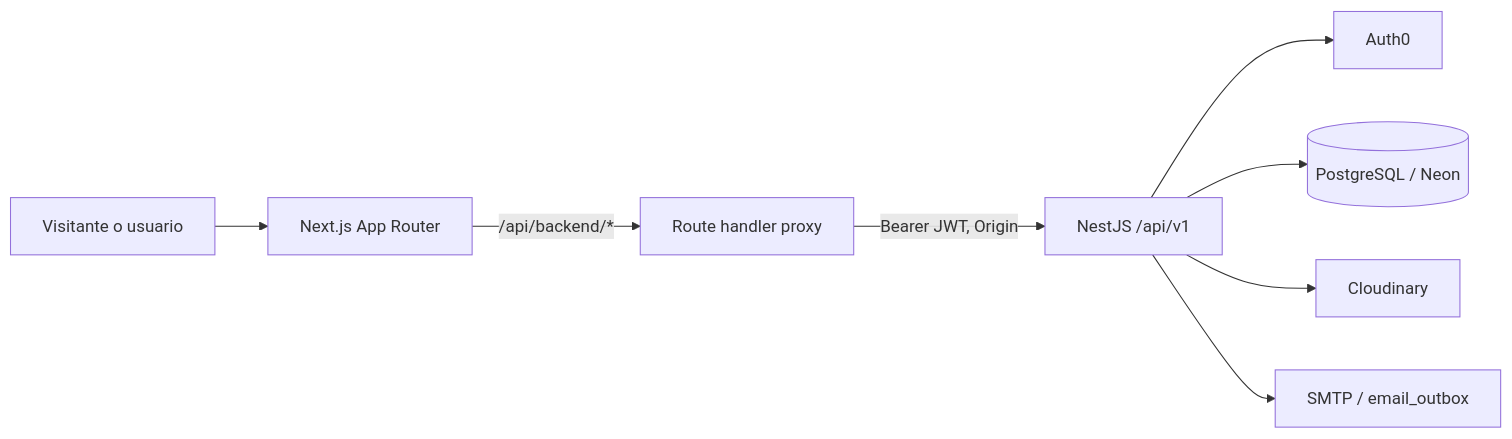
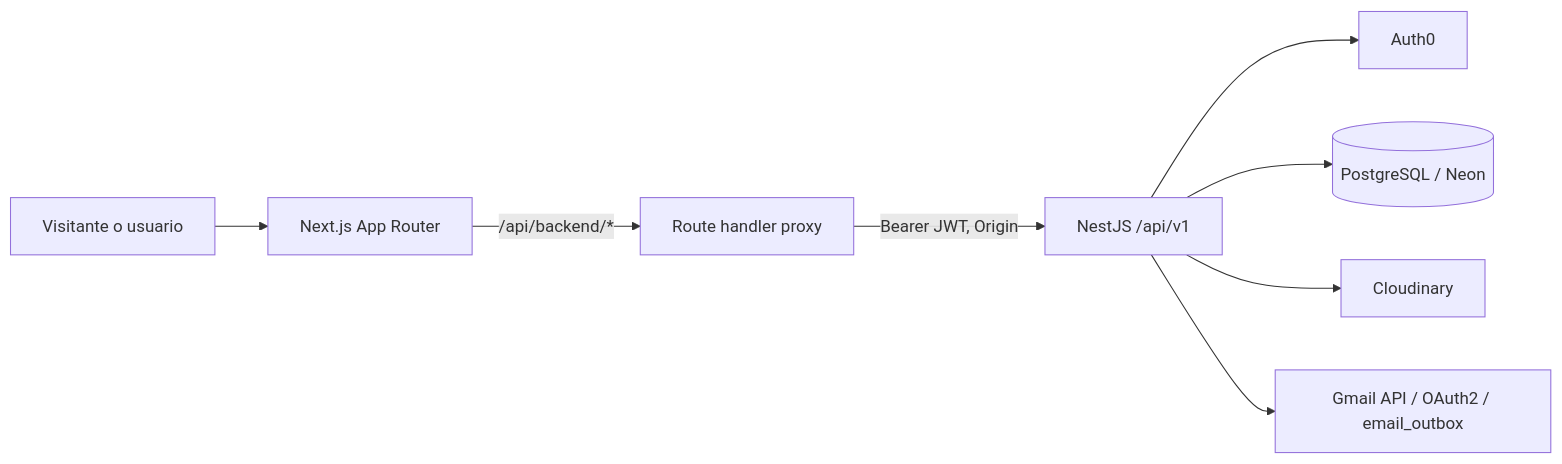
One commit to Julianlo3/SANA changed the diagram in prompt master/superprompt/secciones/05-arquitectura-patrones.md. Above: the diagram before and after it, drawn with Mermaid. The commit also changed other lines of this file and 5 other files, not shown here.

Commit message:
docs: add documentation sections for data model, API contracts, integrations, testing, tech stack, and architecture patterns

````diff
--- a/prompt master/superprompt/secciones/05-arquitectura-patrones.md
+++ b/prompt master/superprompt/secciones/05-arquitectura-patrones.md
@@ -8,10 +8,10 @@
 ```mermaid
 flowchart LR
   U[Visitante o usuario] --> FE[Next.js App Router]
   FE -->|/api/backend/*| BFF[Route handler proxy]
   BFF -->|Bearer JWT, Origin| API[NestJS /api/v1]
   API --> AUTH[Auth0]
   API --> DB[(PostgreSQL / Neon)]
   API --> CLD[Cloudinary]
-  API --> SMTP[SMTP / email_outbox]
+  API --> GMAIL[Gmail API / OAuth2 / email_outbox]
 ```
````
